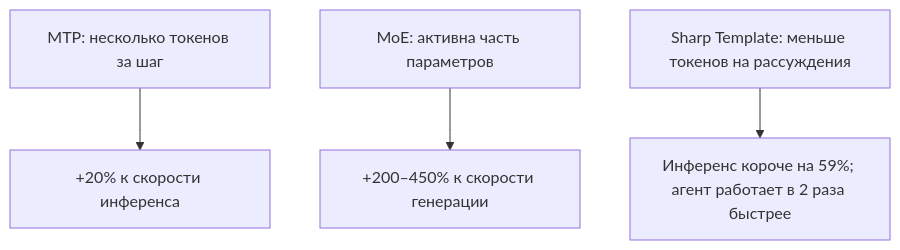
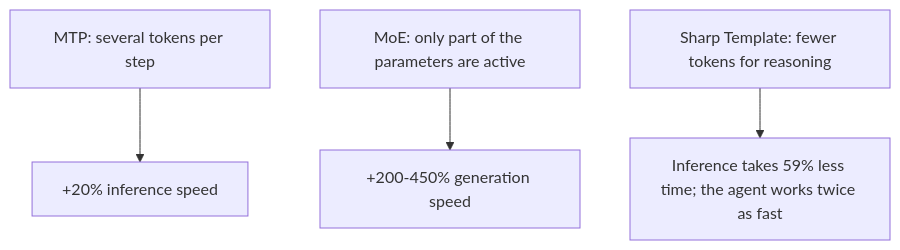
Before and after one commit to evgenyigumnov/subtask4llm: the second of 7 diagrams in article.en.md, drawn with Mermaid. The commit also changed other lines of this file, not shown here.

````diff
--- a/article.en.md
+++ b/article.en.md
@@ -15,6 +15,6 @@
 ```mermaid
 flowchart TB
-  mtp["MTP: несколько токенов за шаг"] --> mtpGain["+20% к скорости инференса"]
-  moe["MoE: активна часть параметров"] --> moeGain["+200–450% к скорости генерации"]
-  sharp["Sharp Template: меньше токенов на рассуждения"] --> sharpGain["Инференс короче на 59%; агент работает в 2 раза быстрее"]
+  mtp["MTP: several tokens per step"] --> mtpGain["+20% inference speed"]
+  moe["MoE: only part of the parameters are active"] --> moeGain["+200-450% generation speed"]
+  sharp["Sharp Template: fewer tokens for reasoning"] --> sharpGain["Inference takes 59% less time; the agent works twice as fast"]
 ```
````
